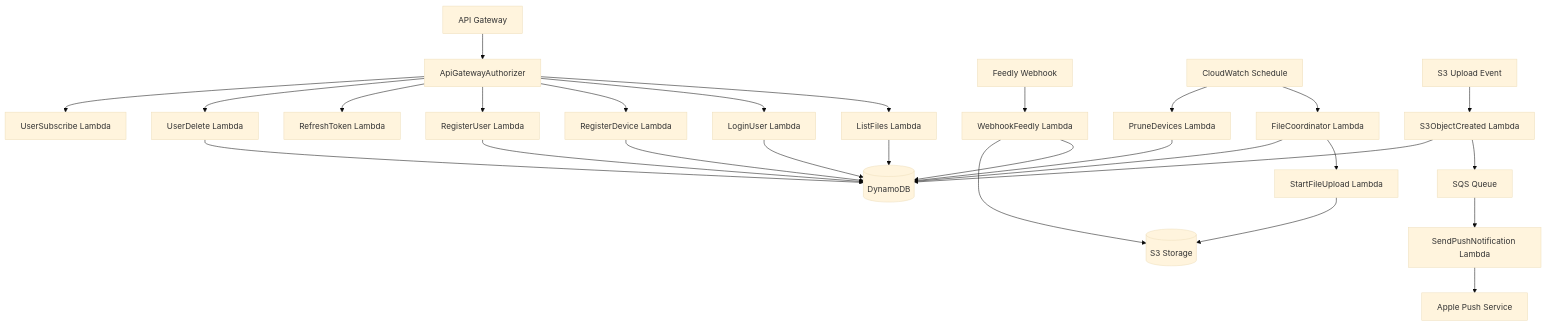
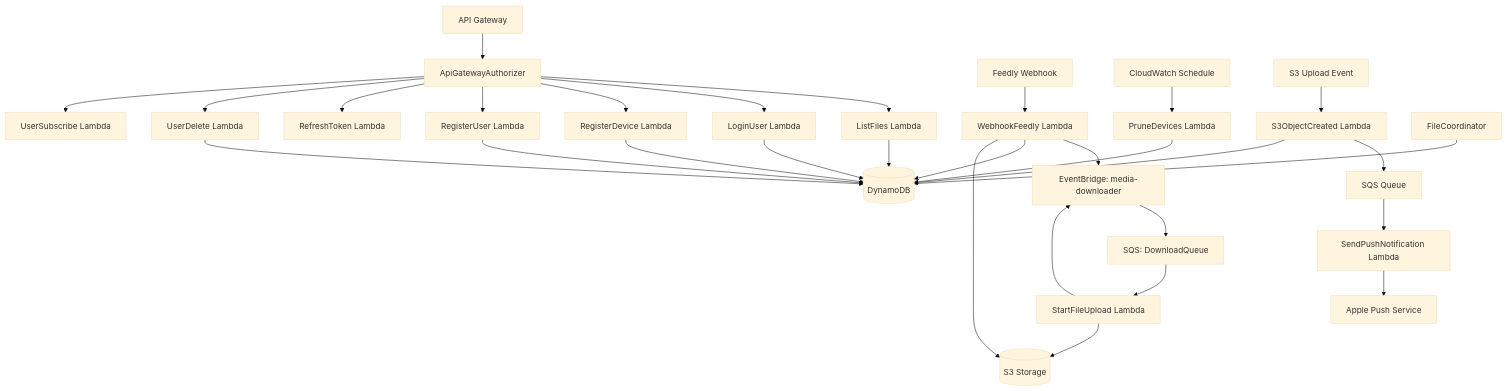
One commit to j0nathan-ll0yd/aws-cloudformation-media-downloader changed the first of 2 diagrams in AGENTS.md. Above: the diagram before and after it, drawn with Mermaid (base theme). The commit also changed other lines of this file, not shown here.

Commit message:
docs: update AGENTS.md for event-driven architecture

````diff
--- a/AGENTS.md
+++ b/AGENTS.md
@@ -82,42 +108,44 @@
 ```mermaid
 graph TD
     %% External Triggers
     API[API Gateway] --> Authorizer[ApiGatewayAuthorizer]
     Authorizer --> ListFiles[ListFiles Lambda]
     Authorizer --> LoginUser[LoginUser Lambda]
     Authorizer --> RegisterDevice[RegisterDevice Lambda]
     Authorizer --> RegisterUser[RegisterUser Lambda]
     Authorizer --> RefreshToken[RefreshToken Lambda]
     Authorizer --> UserDelete[UserDelete Lambda]
     Authorizer --> UserSubscribe[UserSubscribe Lambda]
 
     Feedly[Feedly Webhook] --> WebhookFeedly[WebhookFeedly Lambda]
 
+    %% Event-Driven Architecture (replaces FileCoordinator polling)
+    WebhookFeedly --> EventBridge[EventBridge: media-downloader]
+    EventBridge --> DownloadQueue[SQS: DownloadQueue]
+    DownloadQueue --> StartFileUpload[StartFileUpload Lambda]
+    StartFileUpload --> EventBridge
+
     %% Scheduled Tasks
-    Schedule[CloudWatch Schedule] --> FileCoordinator[FileCoordinator Lambda]
-    Schedule --> PruneDevices[PruneDevices Lambda]
-
-    %% Lambda Invocations
-    FileCoordinator --> StartFileUpload[StartFileUpload Lambda]
+    Schedule[CloudWatch Schedule] --> PruneDevices[PruneDevices Lambda]
 
     %% S3 Triggers
     S3Upload[S3 Upload Event] --> S3ObjectCreated[S3ObjectCreated Lambda]
     S3ObjectCreated --> SQS[SQS Queue]
     SQS --> SendPushNotification[SendPushNotification Lambda]
 
     %% Data Stores
     ListFiles --> DDB[(DynamoDB)]
     LoginUser --> DDB
     RegisterDevice --> DDB
     RegisterUser --> DDB
     WebhookFeedly --> DDB
     FileCoordinator --> DDB
     UserDelete --> DDB
     PruneDevices --> DDB
     S3ObjectCreated --> DDB
 
     StartFileUpload --> S3Storage[(S3 Storage)]
     WebhookFeedly --> S3Storage
 
     SendPushNotification --> APNS[Apple Push Service]
 ```
````
